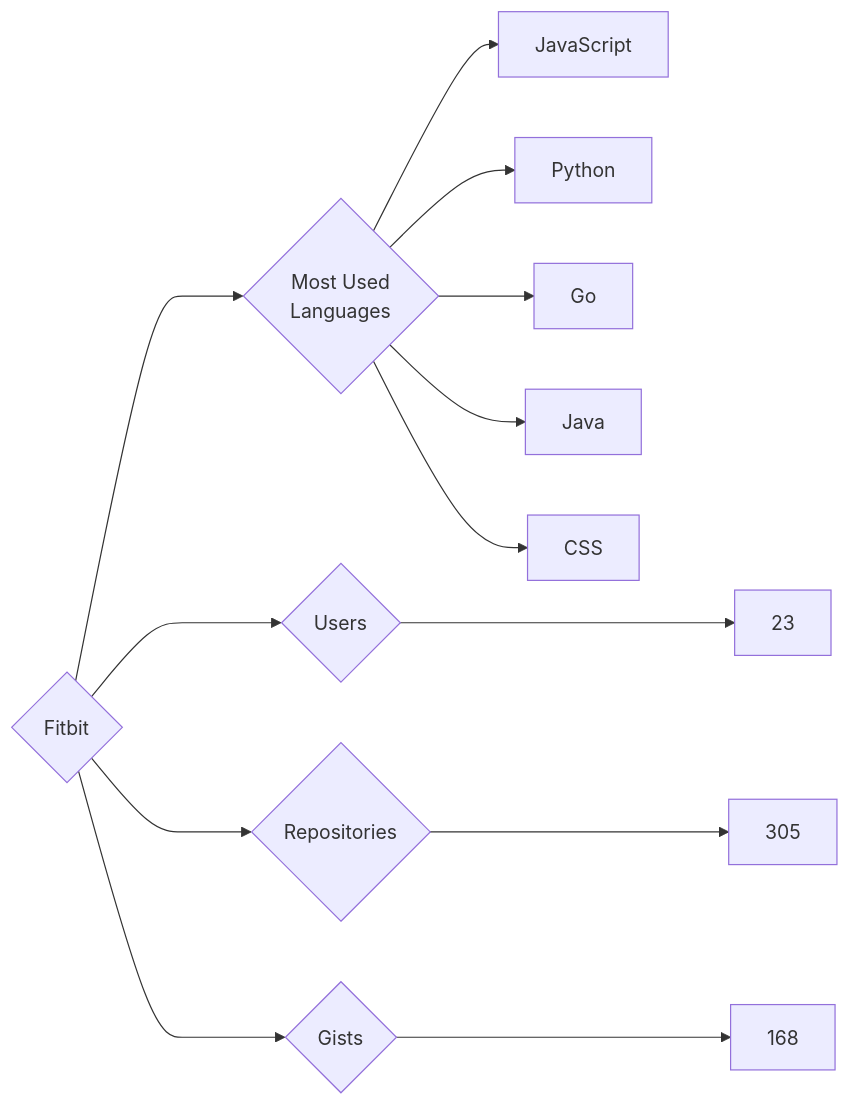
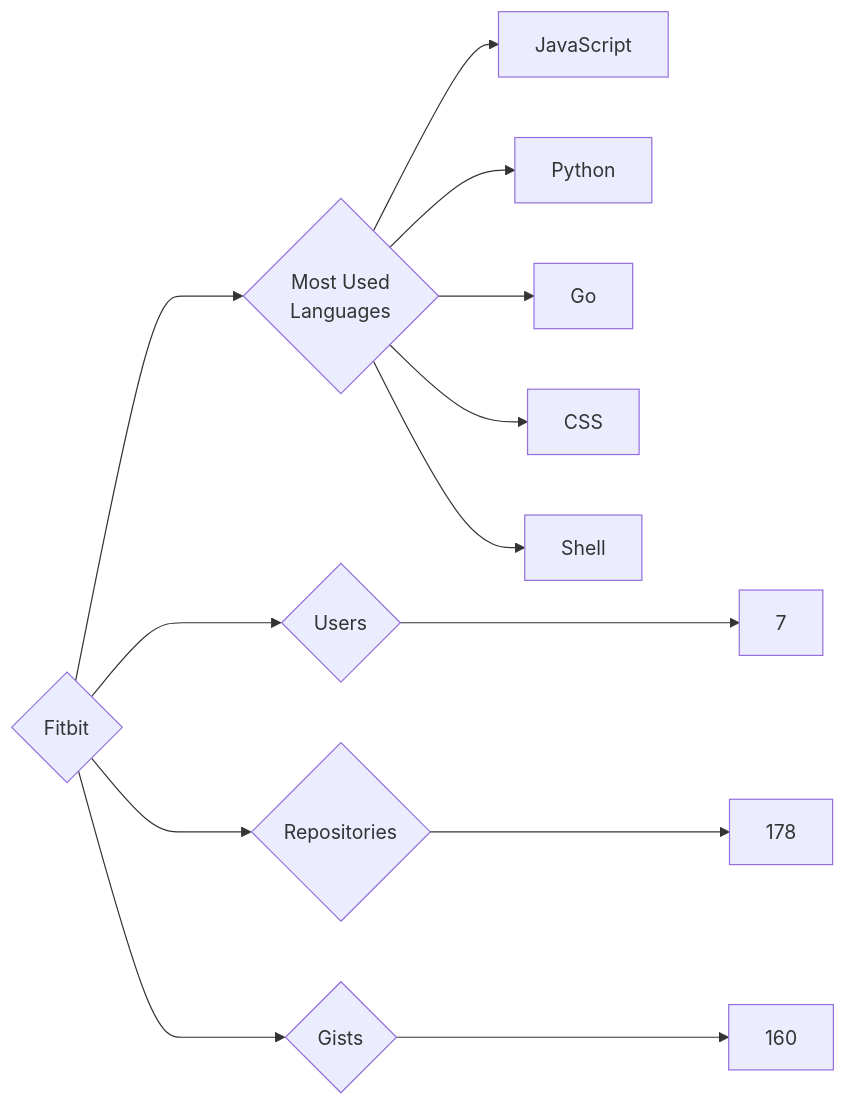
Before and after one commit to trickest/insiders: the diagram in targets/Fitbit/README.md, drawn with Mermaid. The commit also changed 569 other files, not shown here.

````diff
--- a/targets/Fitbit/README.md
+++ b/targets/Fitbit/README.md
@@ -3,13 +3,13 @@
 ```mermaid
 graph LR
 COMPANY_NAME{Fitbit}
-COMPANY_NAME ---> U{Users} ---> UN[23]
-COMPANY_NAME ---> R{Repositories} ---> RN[305]
-COMPANY_NAME ---> G{Gists} ---> GN[168]
+COMPANY_NAME ---> U{Users} ---> UN[7]
+COMPANY_NAME ---> R{Repositories} ---> RN[178]
+COMPANY_NAME ---> G{Gists} ---> GN[160]
 COMPANY_NAME ---> ML{Most Used<br>Languages}
 ML --> JavaScript[JavaScript]
 ML --> Python[Python]
 ML --> Go[Go]
-ML --> Java[Java]
 ML --> CSS[CSS]
+ML --> Shell[Shell]
 ```
````
